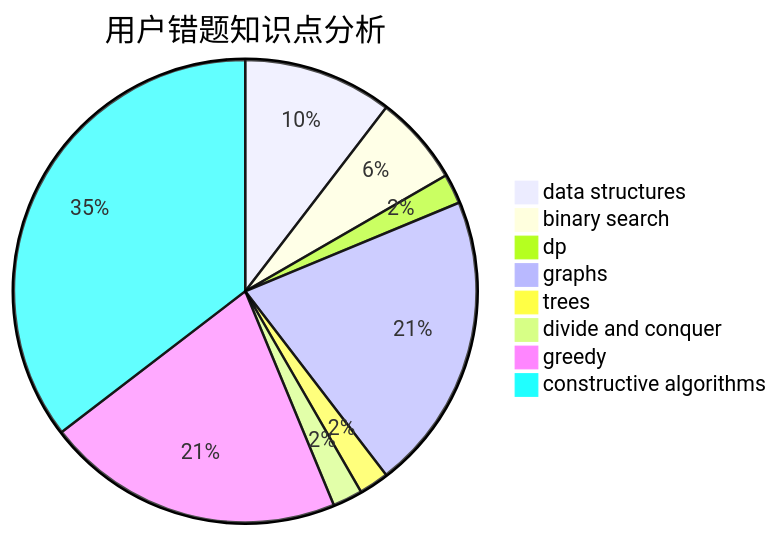
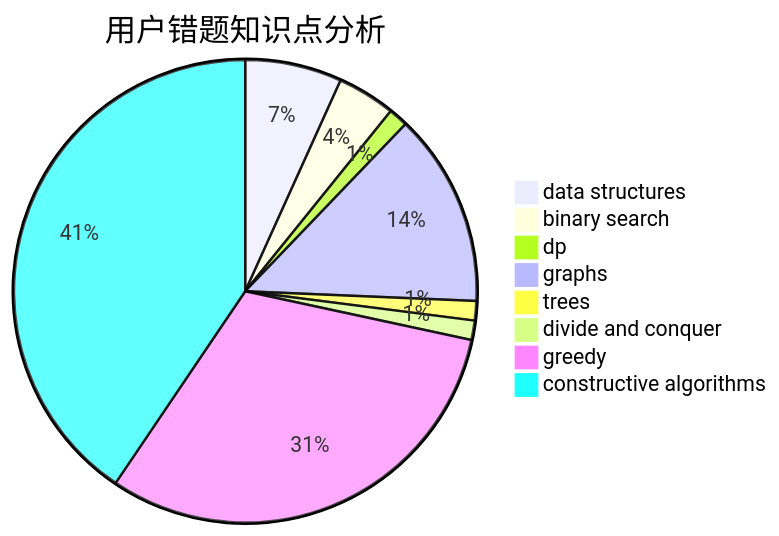
The third of 3 diagrams in docs/user/u1997.md (sherpahu/cfrs.github.io), drawn with Mermaid before and after one commit. The commit also changed other lines of this file and 2770 other files, not shown here.

````diff
--- a/docs/user/u1997.md
+++ b/docs/user/u1997.md
@@ -36,11 +36,11 @@
 ```mermaid
 pie title 用户错题知识点分析
     "data structures" :  5
     "binary search" :  3
     "dp" :  1
     "graphs" :  10
     "trees" :  1
     "divide and conquer" :  1
-    "greedy" :  10
-    "constructive algorithms" :  17
+    "greedy" :  23
+    "constructive algorithms" :  30
 ```
````
